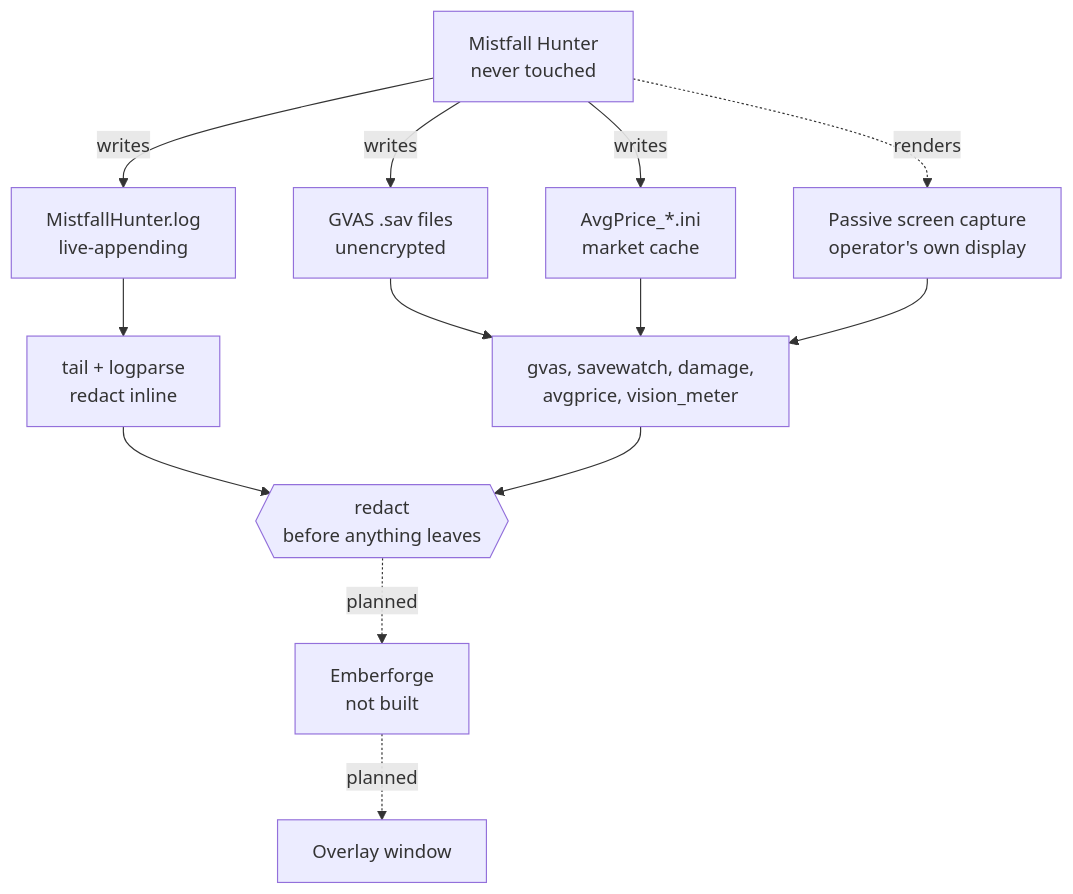
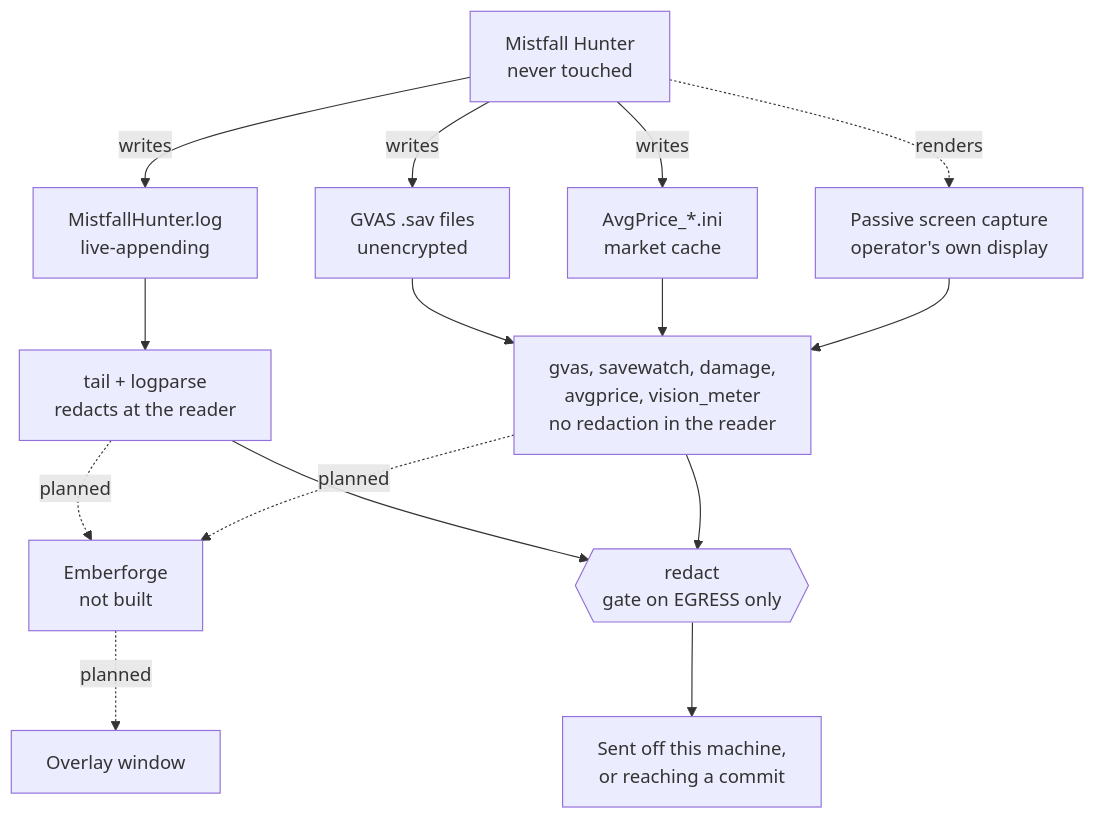
The diagram in README.md (Remus3/Lanternlight), drawn with Mermaid before and after one commit. The commit also changed other lines of this file and 4 other files, not shown here.

First line of the commit message:
Repair what the wrap's refutation pass refuted - a renamed node is not a fixed diagram

````diff
--- a/README.md
+++ b/README.md
@@ -109,26 +109,29 @@
 ```mermaid
 flowchart TD
   G["Mistfall Hunter<br/>never touched"]
   L["MistfallHunter.log<br/>live-appending"]
   S["GVAS .sav files<br/>unencrypted"]
   P["AvgPrice_*.ini<br/>market cache"]
   C["Passive screen capture<br/>operator's own display"]
-  T["tail + logparse<br/>redact inline"]
-  RS["gvas, savewatch, damage,<br/>avgprice, vision_meter"]
-  O{{"redact<br/>before anything leaves"}}
+  T["tail + logparse<br/>redacts at the reader"]
+  RS["gvas, savewatch, damage,<br/>avgprice, vision_meter<br/>no redaction in the reader"]
   E["Emberforge<br/>not built"]
   W["Overlay window"]
+  O{{"redact<br/>gate on EGRESS only"}}
+  X["Sent off this machine,<br/>or reaching a commit"]
 
   G -->|writes| L
   G -->|writes| S
   G -->|writes| P
   G -.->|renders| C
   L --> T
   S --> RS
   P --> RS
   C --> RS
+  T -.->|planned| E
+  RS -.->|planned| E
+  E -.->|planned| W
   T --> O
   RS --> O
-  O -.->|planned| E
-  E -.->|planned| W
+  O --> X
 ```
````
